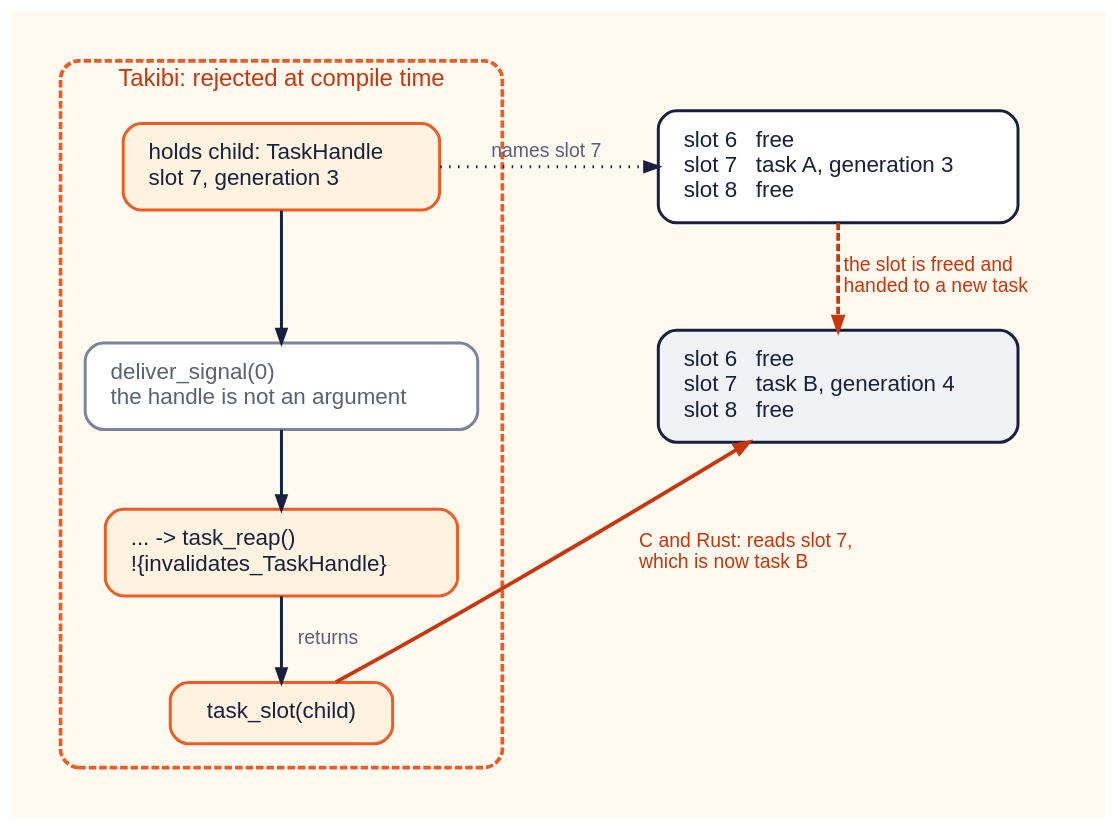
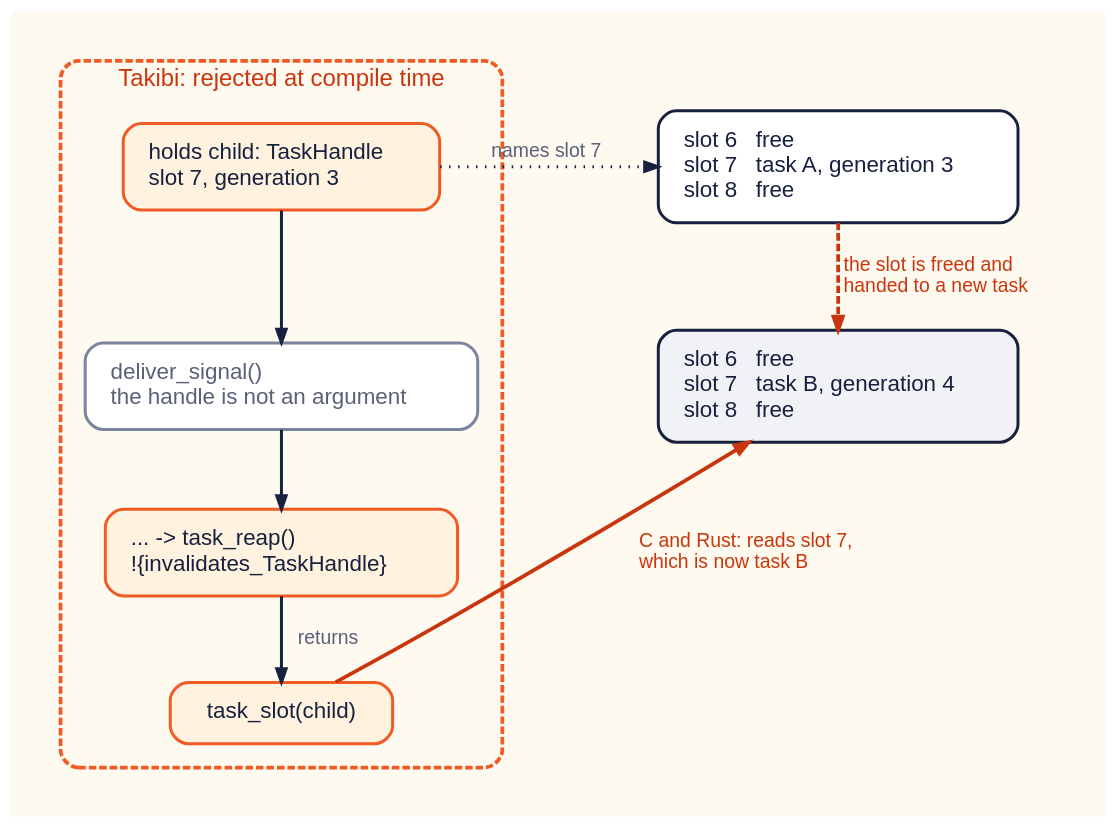
The diagram in docs/wont-compile/assets/0002-handle-that-may-name-a-destroyed-object.dot (takibi-lang/takibi), drawn with Graphviz before and after one commit. The commit also changed 5 other files, not shown here.

```diff
--- a/docs/wont-compile/assets/0002-handle-that-may-name-a-destroyed-object.dot
+++ b/docs/wont-compile/assets/0002-handle-that-may-name-a-destroyed-object.dot
@@ -1,57 +1,57 @@
 // Figure for docs/wont-compile/0002-handle-that-may-name-a-destroyed-object.md
 //
 // The accident, not the compiler. What the picture has to carry is that the
 // handle outlives the object while never being mentioned by the call that
 // destroys it -- so the call path runs down the left, the slot it lands in
 // runs down the right, and the two cross edges are the whole defect.
 //
 // Layout note: no ports and no flat edges between record shapes. Graphviz
 // refuses that combination ("lost handle before edge"), and the plain
 // multi-line boxes below read the same.
 digraph handle_that_may_name_a_destroyed_object {
   graph [bgcolor="#fffaf0", rankdir=TB, pad=0.35, nodesep=0.6, ranksep=0.6,
          fontname="Helvetica", fontsize=15, fontcolor="#596078"];
   node  [fontname="Helvetica", fontsize=15, shape=box, style="rounded,filled",
          fillcolor="#ffffff", color="#17213f", fontcolor="#17213f",
          penwidth=2, margin="0.24,0.16"];
   edge  [fontname="Helvetica", fontsize=13, color="#17213f", penwidth=2,
          fontcolor="#596078", arrowsize=0.9];
 
   subgraph cluster_rejected {
     label="Takibi: rejected at compile time";
     labelloc="t";
     fontname="Helvetica";
     fontsize=16;
     fontcolor="#c9360d";
     color="#f05a24";
     penwidth=2.5;
     style="rounded,dashed";
     margin=16;
 
     hold [label="holds child: TaskHandle\lslot 7, generation 3\l",
           fillcolor="#fff3df", color="#f05a24"];
-    call [label="deliver_signal(0)\lthe handle is not an argument\l",
+    call [label="deliver_signal()\lthe handle is not an argument\l",
           color="#7a849c", fontcolor="#596078"];
     reap [label="... -> task_reap()\l!{invalidates_TaskHandle}\l",
           fillcolor="#fff3df", color="#f05a24"];
     read [label="task_slot(child)", fillcolor="#fff3df", color="#f05a24"];
 
     hold -> call;
     call -> reap;
     reap -> read [label="  returns  "];
   }
 
   before [label="slot 6   free\lslot 7   task A, generation 3\lslot 8   free\l",
           fillcolor="#ffffff"];
   after  [label="slot 6   free\lslot 7   task B, generation 4\lslot 8   free\l",
           fillcolor="#f1f2f6"];
 
   before -> after [label="  the slot is freed and\l  handed to a new task\l",
                    style=dashed, color="#c9360d", fontcolor="#c9360d",
                    penwidth=2.5];
 
   hold  -> before [label="  names slot 7  ", style=dotted, constraint=false];
   read  -> after  [label="  C and Rust: reads slot 7,\l  which is now task B\l",
                    color="#c9360d", fontcolor="#c9360d", penwidth=2.5,
                    constraint=false];
 }
```
